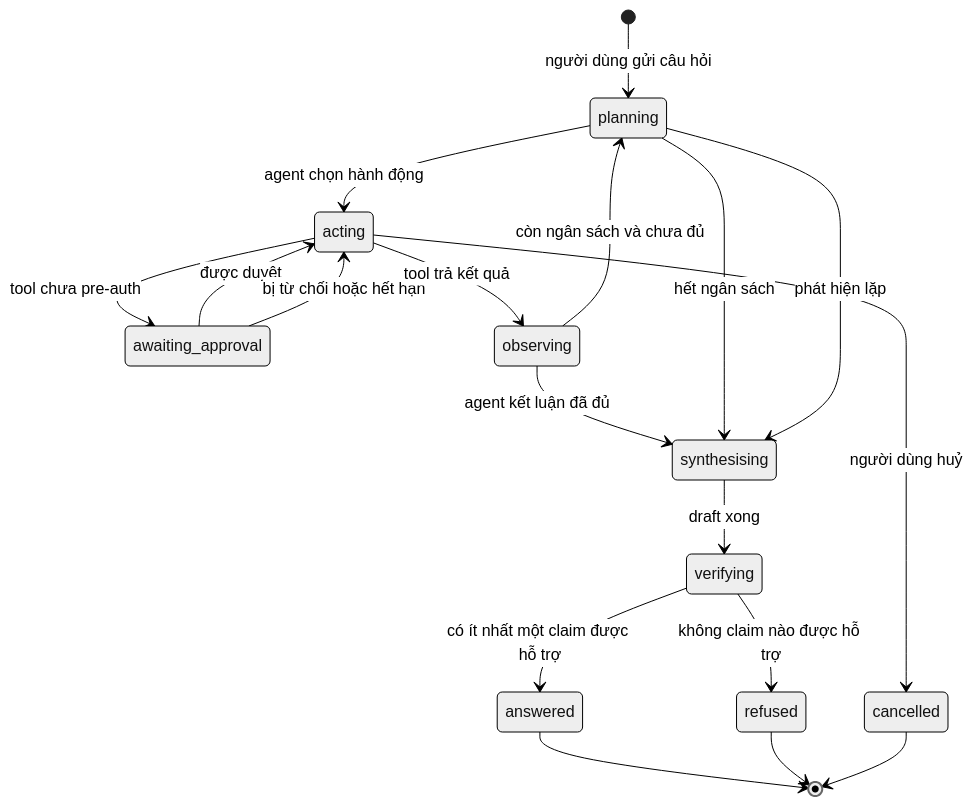
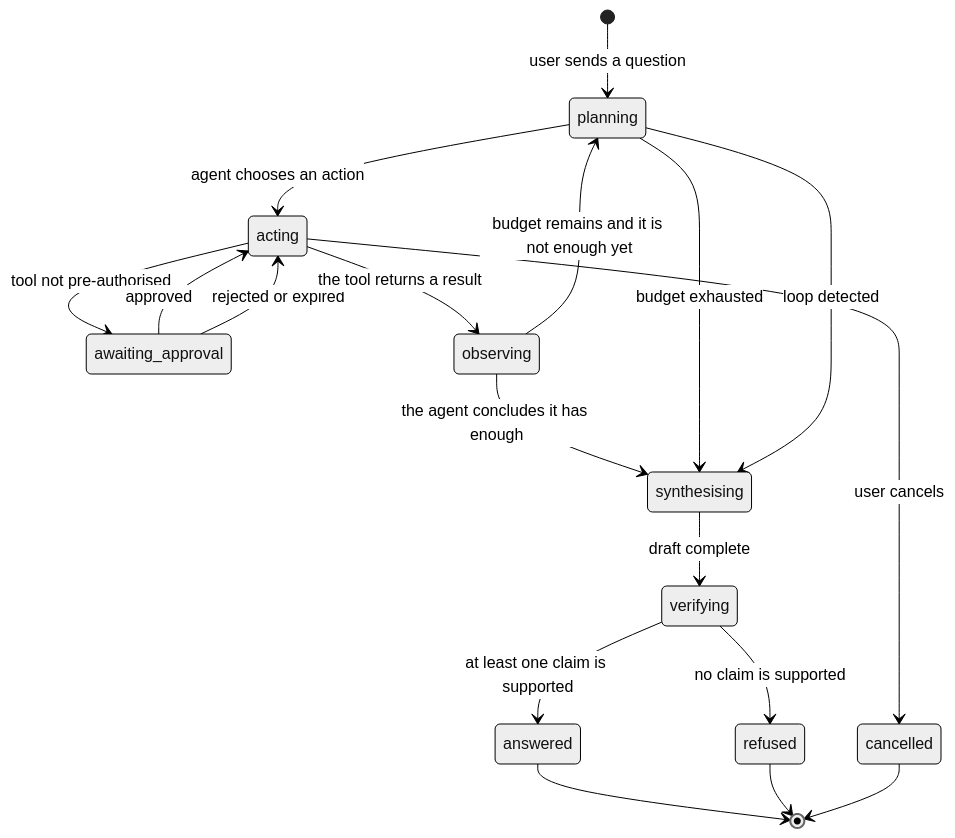
One commit to nguyenchiemhao/Ei-AI changed the third of 6 diagrams in docs/design/ei-ai-agentic-knowledge-assistant.md. Above: the diagram before and after it, drawn with Mermaid (neutral theme). The commit also changed other lines of this file and 2 other files, not shown here.

````diff
--- a/docs/design/ei-ai-agentic-knowledge-assistant.md
+++ b/docs/design/ei-ai-agentic-knowledge-assistant.md
@@ -522,20 +522,20 @@
 ```mermaid
 stateDiagram-v2
-    [*] --> planning: người dùng gửi câu hỏi
-    planning --> acting: agent chọn hành động
-    acting --> awaiting_approval: tool chưa pre-auth
-    awaiting_approval --> acting: được duyệt
-    awaiting_approval --> acting: bị từ chối hoặc hết hạn
-    acting --> observing: tool trả kết quả
-    observing --> planning: còn ngân sách và chưa đủ
-    observing --> synthesising: agent kết luận đã đủ
-    planning --> synthesising: hết ngân sách
-    planning --> synthesising: phát hiện lặp
-    synthesising --> verifying: draft xong
-    verifying --> answered: có ít nhất một claim được hỗ trợ
-    verifying --> refused: không claim nào được hỗ trợ
-    acting --> cancelled: người dùng huỷ
+    [*] --> planning: user sends a question
+    planning --> acting: agent chooses an action
+    acting --> awaiting_approval: tool not pre-authorised
+    awaiting_approval --> acting: approved
+    awaiting_approval --> acting: rejected or expired
+    acting --> observing: the tool returns a result
+    observing --> planning: budget remains and it is not enough yet
+    observing --> synthesising: the agent concludes it has enough
+    planning --> synthesising: budget exhausted
+    planning --> synthesising: loop detected
+    synthesising --> verifying: draft complete
+    verifying --> answered: at least one claim is supported
+    verifying --> refused: no claim is supported
+    acting --> cancelled: user cancels
     answered --> [*]
     refused --> [*]
     cancelled --> [*]
 ```
````
